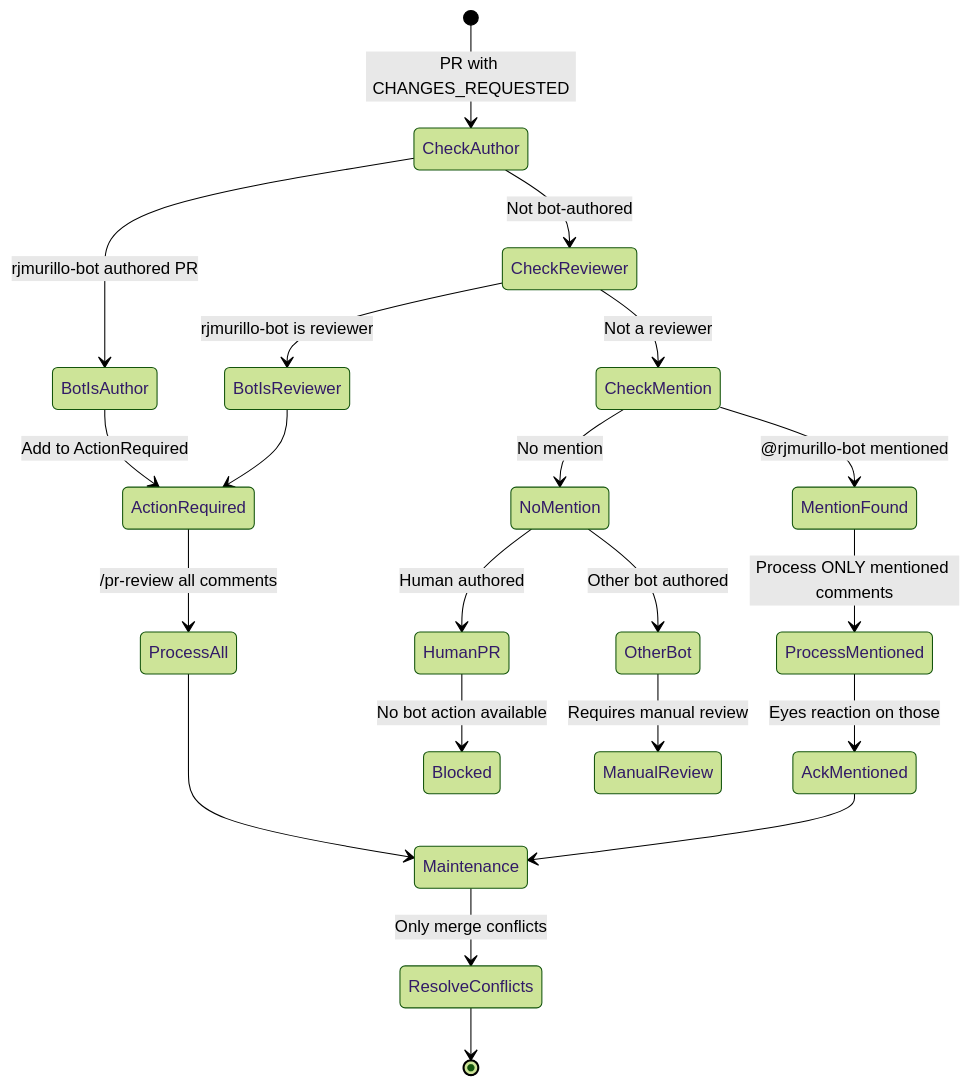
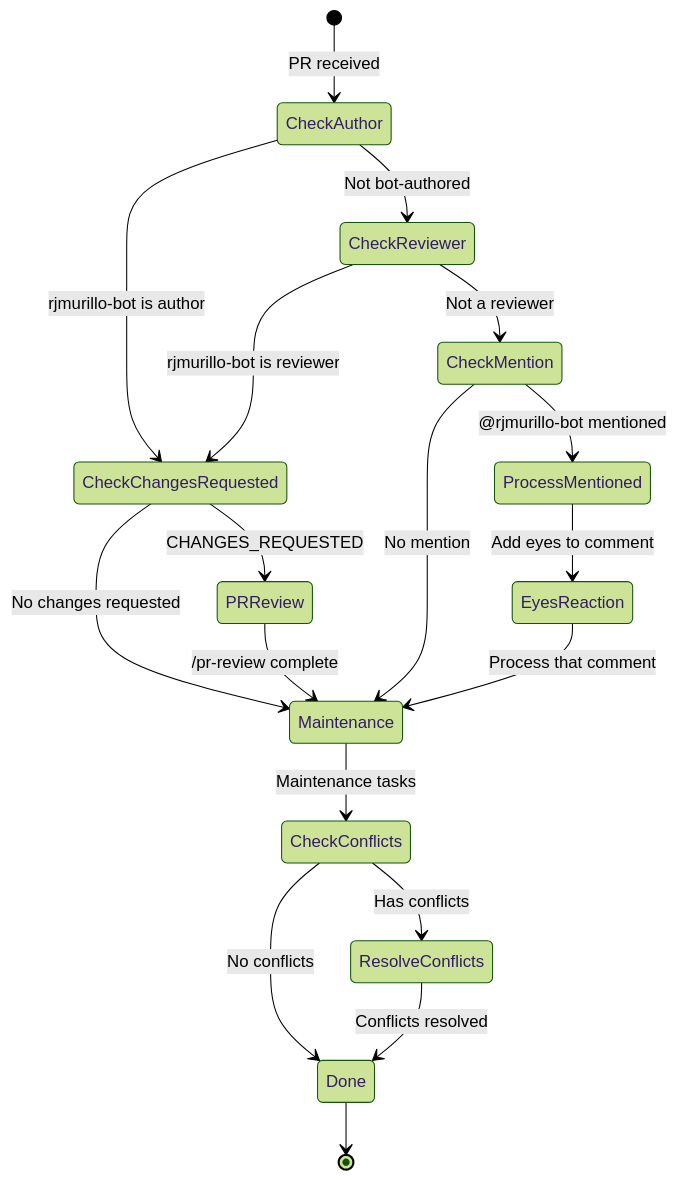
Before and after one commit to rjmurillo/ai-agents: the second of 2 diagrams in .agents/architecture/bot-author-feedback-protocol.md, drawn with Mermaid (forest theme). The commit also changed other lines of this file, not shown here.

First line of the commit message:
docs: align protocol sections with corrected flowchart

````diff
--- a/.agents/architecture/bot-author-feedback-protocol.md
+++ b/.agents/architecture/bot-author-feedback-protocol.md
@@ -99,32 +95,28 @@
 ```mermaid
 stateDiagram-v2
-    [*] --> CheckAuthor: PR with CHANGES_REQUESTED
+    [*] --> CheckAuthor: PR received
 
-    CheckAuthor --> BotIsAuthor: rjmurillo-bot authored PR
+    CheckAuthor --> CheckChangesRequested: rjmurillo-bot is author
     CheckAuthor --> CheckReviewer: Not bot-authored
 
-    BotIsAuthor --> ActionRequired: Add to ActionRequired
-    ActionRequired --> ProcessAll: /pr-review all comments
+    CheckChangesRequested --> PRReview: CHANGES_REQUESTED
+    CheckChangesRequested --> Maintenance: No changes requested
 
-    CheckReviewer --> BotIsReviewer: rjmurillo-bot is reviewer
+    PRReview --> Maintenance: /pr-review complete
+
+    CheckReviewer --> CheckChangesRequested: rjmurillo-bot is reviewer
     CheckReviewer --> CheckMention: Not a reviewer
 
-    BotIsReviewer --> ActionRequired
+    CheckMention --> ProcessMentioned: @rjmurillo-bot mentioned
+    CheckMention --> Maintenance: No mention
 
-    CheckMention --> MentionFound: @rjmurillo-bot mentioned
-    CheckMention --> NoMention: No mention
+    ProcessMentioned --> EyesReaction: Add eyes to comment
+    EyesReaction --> Maintenance: Process that comment
 
-    MentionFound --> ProcessMentioned: Process ONLY mentioned comments
-    ProcessMentioned --> AckMentioned: Eyes reaction on those
+    Maintenance --> CheckConflicts: Maintenance tasks
+    CheckConflicts --> ResolveConflicts: Has conflicts
+    CheckConflicts --> Done: No conflicts
 
-    NoMention --> HumanPR: Human authored
-    NoMention --> OtherBot: Other bot authored
-
-    HumanPR --> Blocked: No bot action available
-    OtherBot --> ManualReview: Requires manual review
-
-    ProcessAll --> Maintenance
-    AckMentioned --> Maintenance
-    Maintenance --> ResolveConflicts: Only merge conflicts
-    ResolveConflicts --> [*]
+    ResolveConflicts --> Done: Conflicts resolved
+    Done --> [*]
 ```
````
